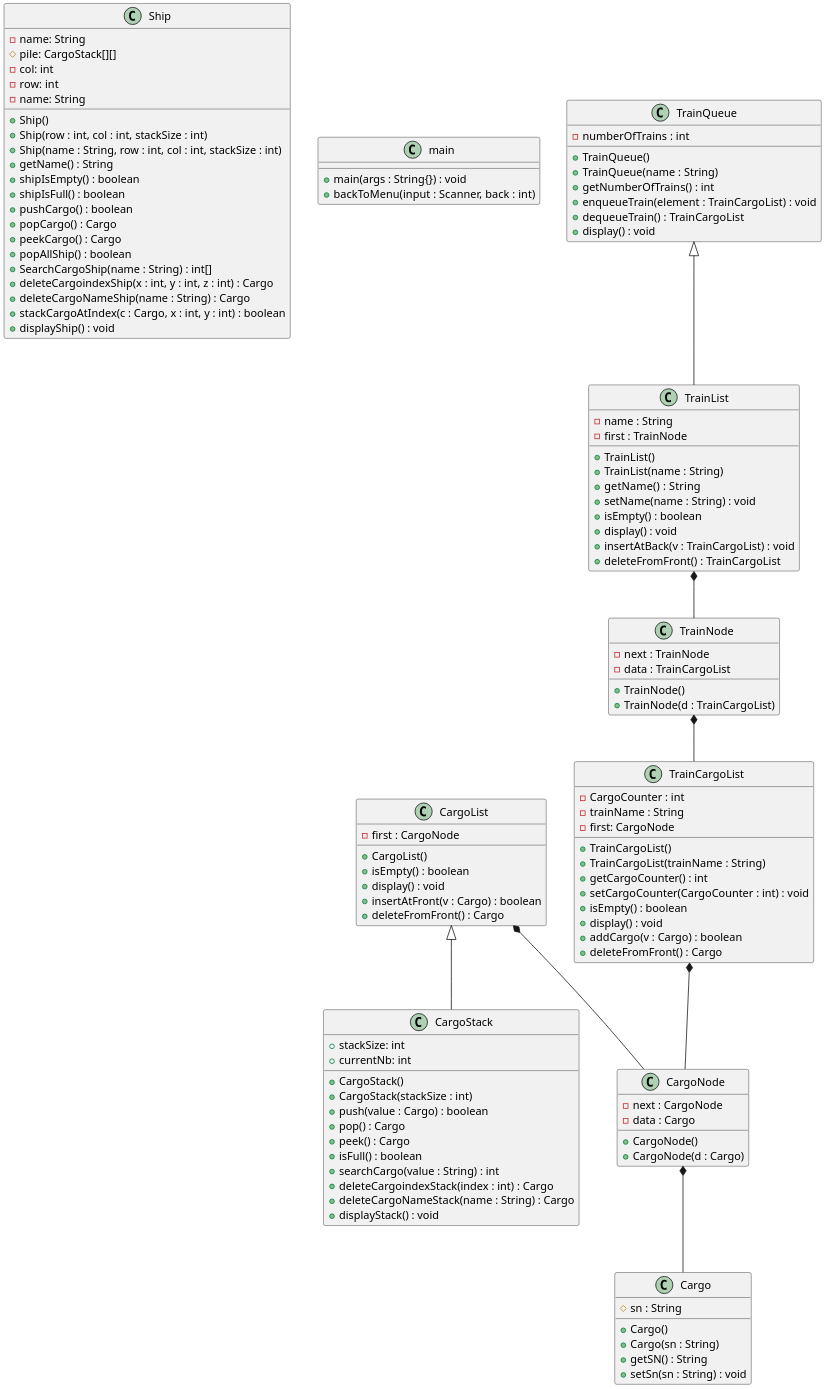
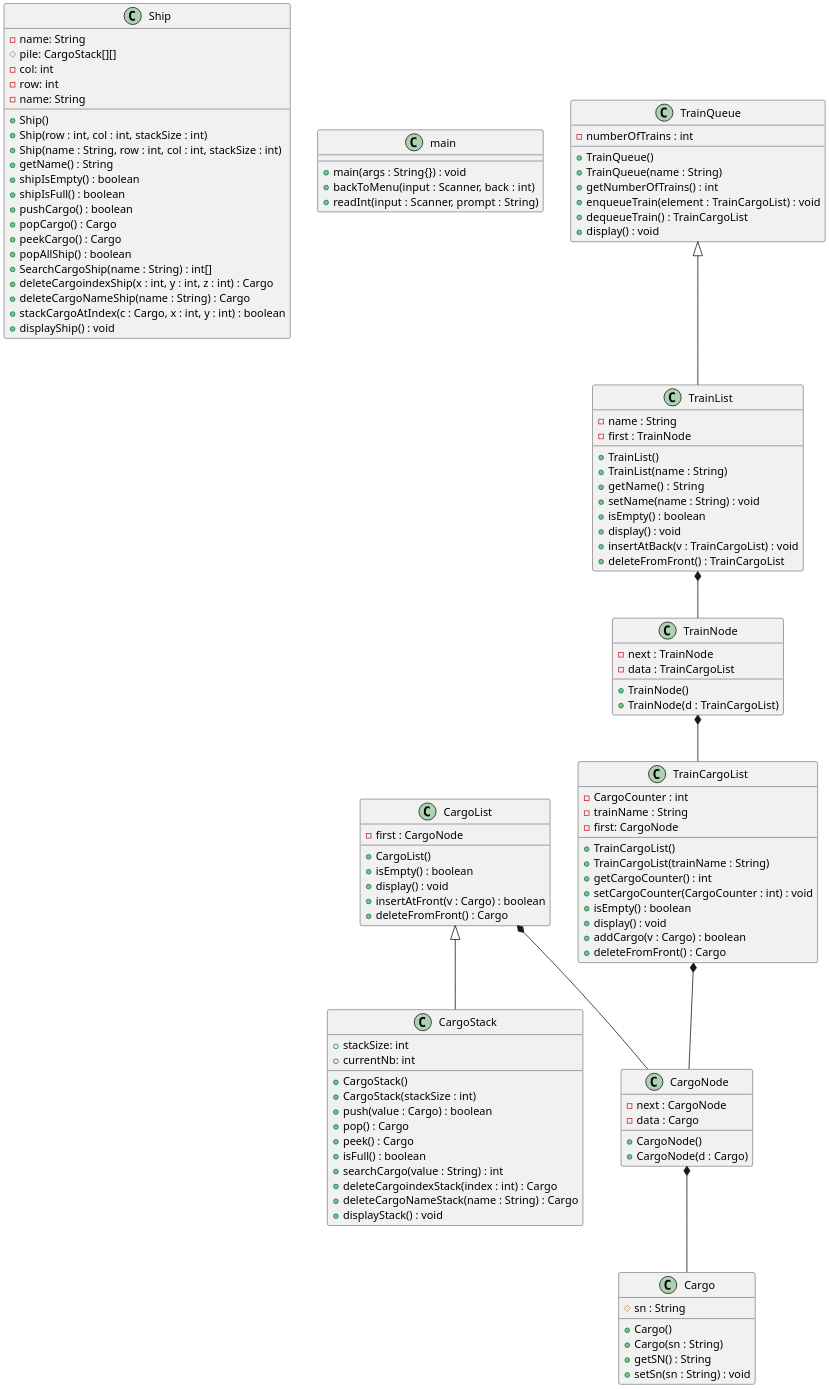
Before and after one commit to mmchokor/Cargo-Ship-Project: the diagram in UMLDiagramCode.wsd, drawn with PlantUML.

Commit message:
Added the readInt method

```diff
--- a/UMLDiagramCode.wsd
+++ b/UMLDiagramCode.wsd
@@ -1,123 +1,124 @@
 @startuml
 scale 2
 class Ship {
     -name: String
     #pile: CargoStack[][]
     -col: int
     -row: int
     -name: String
 
     +Ship()
     +Ship(row : int, col : int, stackSize : int)
     +Ship(name : String, row : int, col : int, stackSize : int)
     +getName() : String
     +shipIsEmpty() : boolean
     +shipIsFull() : boolean
     +pushCargo() : boolean
     +popCargo() : Cargo
     +peekCargo() : Cargo
     +popAllShip() : boolean
     +SearchCargoShip(name : String) : int[]
     +deleteCargoindexShip(x : int, y : int, z : int) : Cargo
     +deleteCargoNameShip(name : String) : Cargo
     +stackCargoAtIndex(c : Cargo, x : int, y : int) : boolean
     +displayShip() : void
 }
 
 class main {
     +main(args : String{}) : void
     +backToMenu(input : Scanner, back : int)
+    +readInt(input : Scanner, prompt : String)
 }
 
 class CargoStack {
     +stackSize: int
     +currentNb: int
     +CargoStack()
     +CargoStack(stackSize : int)
     +push(value : Cargo) : boolean
     +pop() : Cargo
     +peek() : Cargo
     +isFull() : boolean
     +searchCargo(value : String) : int
     +deleteCargoindexStack(index : int) : Cargo
     +deleteCargoNameStack(name : String) : Cargo
     +displayStack() : void
 }
 
 class CargoList {
     -first : CargoNode
     +CargoList()
     +isEmpty() : boolean
     +display() : void
     +insertAtFront(v : Cargo) : boolean
     +deleteFromFront() : Cargo
 }
 
 class CargoNode {
     -next : CargoNode
     -data : Cargo
     +CargoNode()
     +CargoNode(d : Cargo)
 }
 
 class TrainCargoList {
     -CargoCounter : int
     -trainName : String
     -first: CargoNode
     +TrainCargoList()
     +TrainCargoList(trainName : String)
     +getCargoCounter() : int
     +setCargoCounter(CargoCounter : int) : void
     +isEmpty() : boolean
     +display() : void
     +addCargo(v : Cargo) : boolean
     +deleteFromFront() : Cargo
 }
 
 class Cargo {
     #sn : String
     +Cargo()
     +Cargo(sn : String)
     +getSN() : String
     +setSn(sn : String) : void
 }
 
 class TrainList {
     -name : String
     -first : TrainNode
     +TrainList()
     +TrainList(name : String)
     +getName()  : String
     +setName(name : String) : void
     +isEmpty() : boolean
     +display() : void
     +insertAtBack(v : TrainCargoList) : void
     +deleteFromFront() : TrainCargoList
 }
 
 class TrainNode {
     -next : TrainNode
     -data : TrainCargoList
     +TrainNode()
     +TrainNode(d : TrainCargoList)
 }
 
 class TrainQueue {
     -numberOfTrains : int
     +TrainQueue()
     +TrainQueue(name : String)
     +getNumberOfTrains() : int
     +enqueueTrain(element : TrainCargoList) : void
     +dequeueTrain() : TrainCargoList
     +display() : void
 }
 
 CargoList <|-- CargoStack
 TrainQueue <|-- TrainList
 TrainList *-- TrainNode
 TrainNode *-- TrainCargoList
 TrainCargoList *-- CargoNode
 CargoNode *-- Cargo
 CargoList *-- CargoNode
 
 @enduml
```
